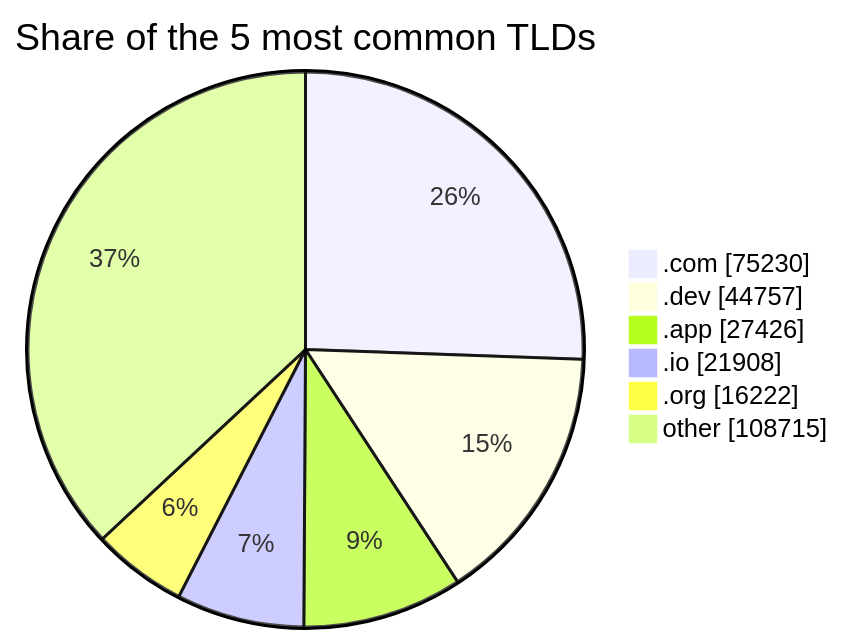
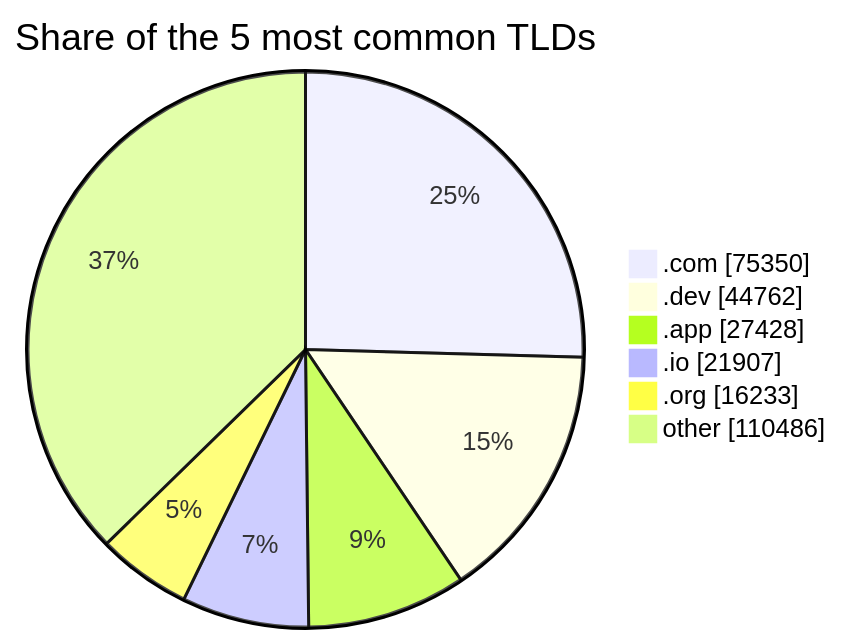
Before and after one commit to DNSBunker/CTI: the third of 3 diagrams in README.md, drawn with Mermaid. The commit also changed other lines of this file and 3 other files, not shown here.

````diff
--- a/README.md
+++ b/README.md
@@ -81,9 +81,9 @@
 ```mermaid
 pie showData title Share of the 5 most common TLDs
-    ".com" : 75230
-    ".dev" : 44757
-    ".app" : 27426
-    ".io" : 21908
-    ".org" : 16222
-    "other" : 108715
+    ".com" : 75350
+    ".dev" : 44762
+    ".app" : 27428
+    ".io" : 21907
+    ".org" : 16233
+    "other" : 110486
 ```
````
